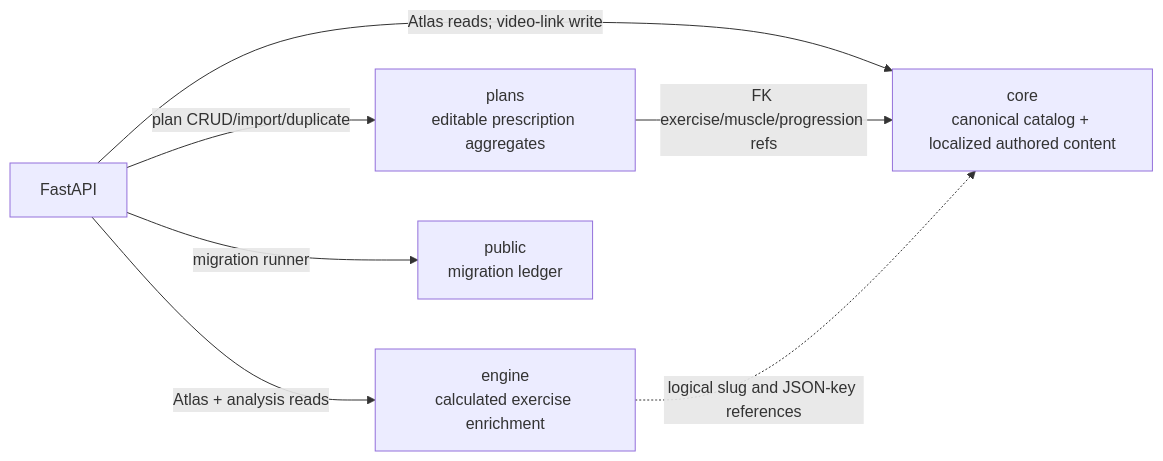
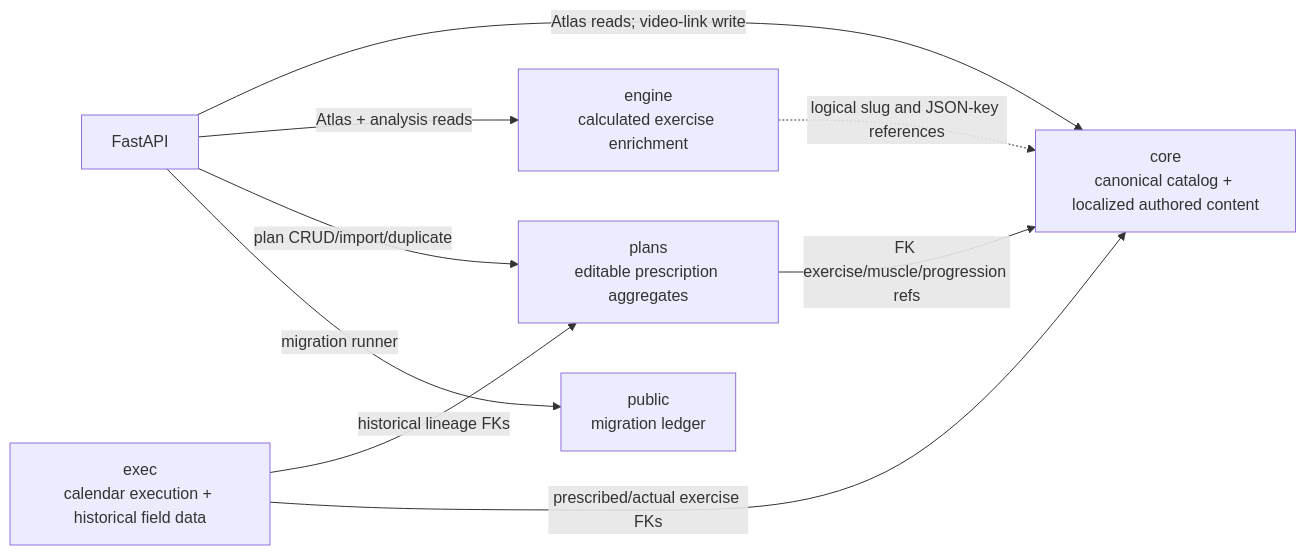
The diagram in __docs__/database/schema-ownership.md (0x41gawor/agonez), drawn with Mermaid before and after one commit. The commit also changed other lines of this file and 43 other files, not shown here.

````diff
--- a/__docs__/database/schema-ownership.md
+++ b/__docs__/database/schema-ownership.md
@@ -5,15 +5,18 @@
 ```mermaid
 flowchart LR
     API["FastAPI"]
     CORE["core\ncanonical catalog + localized authored content"]
     ENGINE["engine\ncalculated exercise enrichment"]
     PLANS["plans\neditable prescription aggregates"]
+    EXEC["exec\ncalendar execution + historical field data"]
     LEDGER["public\nmigration ledger"]
 
     API -->|Atlas reads; video-link write| CORE
     API -->|Atlas + analysis reads| ENGINE
     API -->|plan CRUD/import/duplicate| PLANS
     PLANS -->|FK exercise/muscle/progression refs| CORE
+    EXEC -->|historical lineage FKs| PLANS
+    EXEC -->|prescribed/actual exercise FKs| CORE
     ENGINE -. "logical slug and JSON-key references" .-> CORE
     API -->|migration runner| LEDGER
 ```
````
